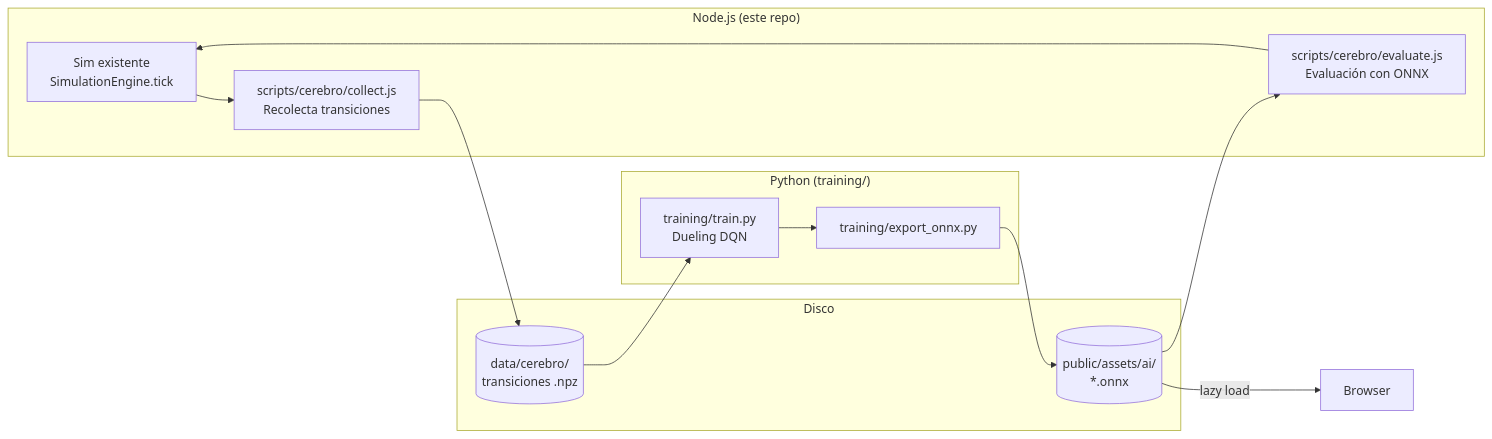
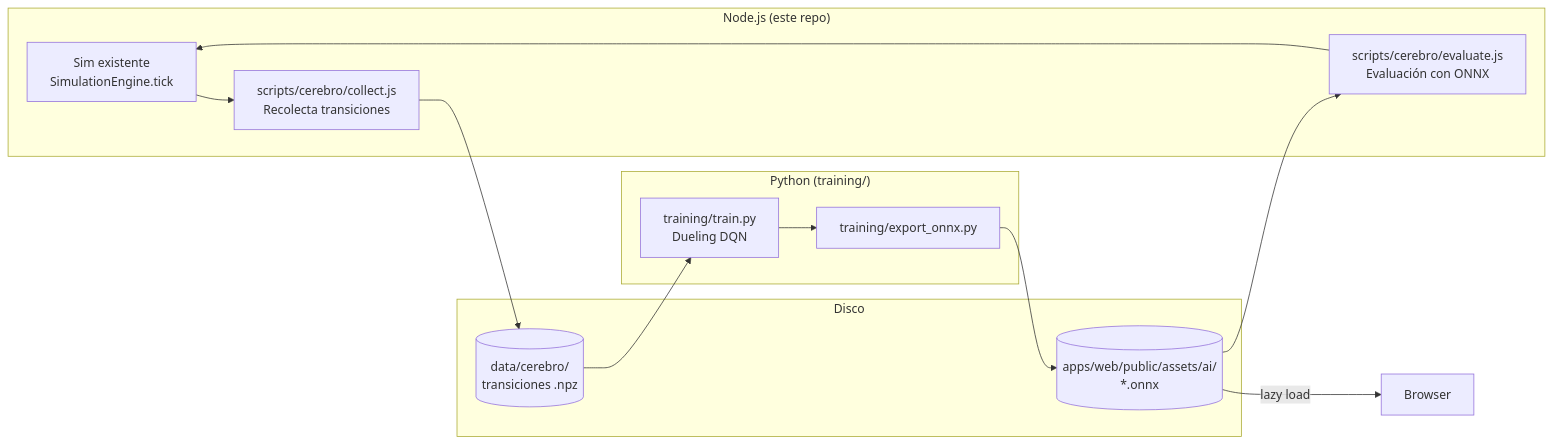
The diagram in docs/rfcs/0020-el-cerebro-deep-rl-ai.md (simon0191/a-los-traques), drawn with Mermaid before and after one commit. The commit also changed other lines of this file, not shown here.

````diff
--- a/docs/rfcs/0020-el-cerebro-deep-rl-ai.md
+++ b/docs/rfcs/0020-el-cerebro-deep-rl-ai.md
@@ -164,27 +164,27 @@
 ```mermaid
 graph LR
     subgraph "Node.js (este repo)"
         SIM[Sim existente<br/>SimulationEngine.tick]
         COLLECT[scripts/cerebro/collect.js<br/>Recolecta transiciones]
         EVAL[scripts/cerebro/evaluate.js<br/>Evaluación con ONNX]
     end
     
     subgraph "Python (training/)"
         TRAIN[training/train.py<br/>Dueling DQN]
         EXPORT[training/export_onnx.py]
     end
     
     subgraph "Disco"
         DATA[(data/cerebro/<br/>transiciones .npz)]
-        MODELS[(public/assets/ai/<br/>*.onnx)]
+        MODELS[(apps/web/public/assets/ai/<br/>*.onnx)]
     end
     
     SIM --> COLLECT
     COLLECT --> DATA
     DATA --> TRAIN
     TRAIN --> EXPORT
     EXPORT --> MODELS
     MODELS --> EVAL
     MODELS --> |lazy load| BROWSER[Browser]
     EVAL --> SIM
 ```
````
